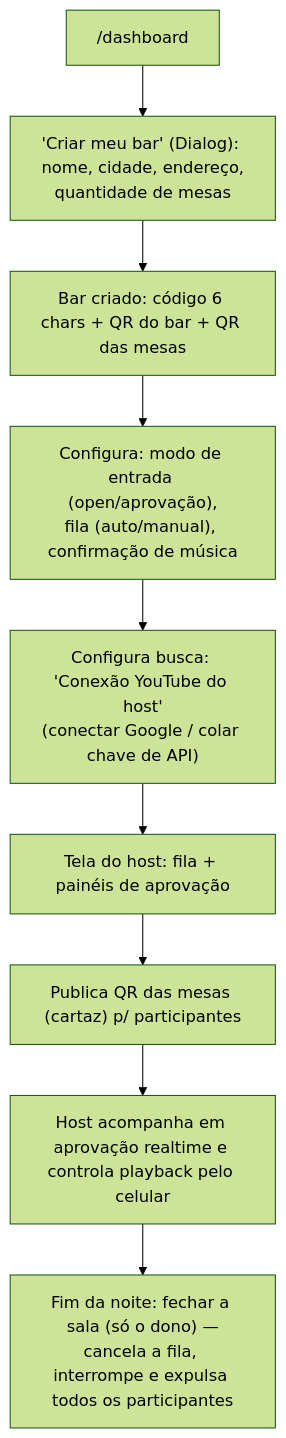
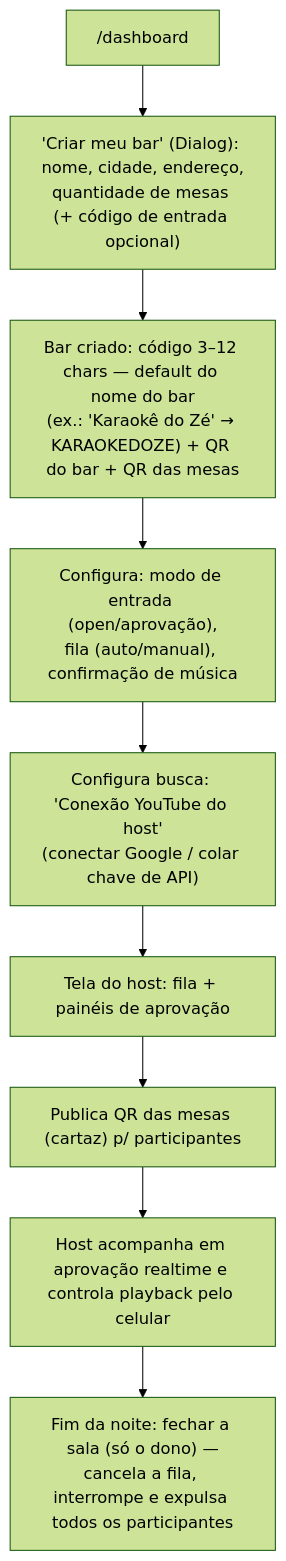
Before and after one commit to cavalcanteprofissional/karaoke-flow: the second of 7 diagrams in docs/flows/fluxos-do-usuario.md, drawn with Mermaid (forest theme). The commit also changed other lines of this file and 31 other files, not shown here.

First line of the commit message:
feat: código de sala configurável (3–12) + entrada direta por código + aprovação de música por padrão (Fase 3.6)

````diff
--- a/docs/flows/fluxos-do-usuario.md
+++ b/docs/flows/fluxos-do-usuario.md
@@ -37,11 +37,11 @@
 ```mermaid
 flowchart TD
-    A["/dashboard"] --> B["'Criar meu bar' (Dialog): nome, cidade, endereço,<br/>quantidade de mesas"]
-    B --> C["Bar criado: código 6 chars + QR do bar + QR das mesas"]
+    A["/dashboard"] --> B["'Criar meu bar' (Dialog): nome, cidade, endereço,<br/>quantidade de mesas (+ código de entrada opcional)"]
+    B --> C["Bar criado: código 3–12 chars — default do nome do bar<br/>(ex.: 'Karaokê do Zé' → KARAOKEDOZE) + QR do bar + QR das mesas"]
     C --> D["Configura: modo de entrada (open/aprovação),<br/>fila (auto/manual), confirmação de música"]
     D --> D1["Configura busca: 'Conexão YouTube do host'<br/>(conectar Google / colar chave de API)"]
     D1 --> E["Tela do host: fila + painéis de aprovação"]
     E --> F["Publica QR das mesas (cartaz) p/ participantes"]
     F --> G["Host acompanha em aprovação realtime e controla playback pelo celular"]
     G --> H["Fim da noite: fechar a sala (só o dono) —<br/>cancela a fila, interrompe e expulsa todos os participantes"]
 ```
````
